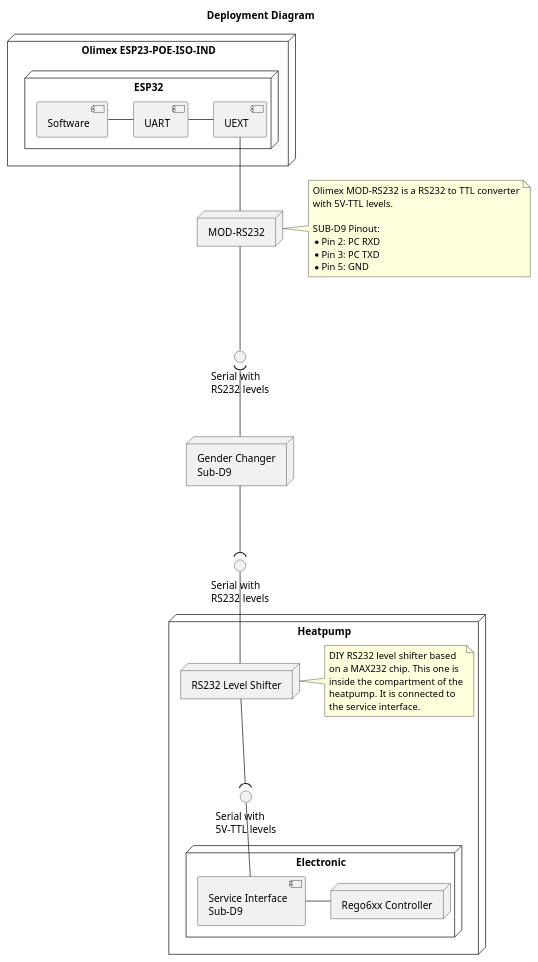
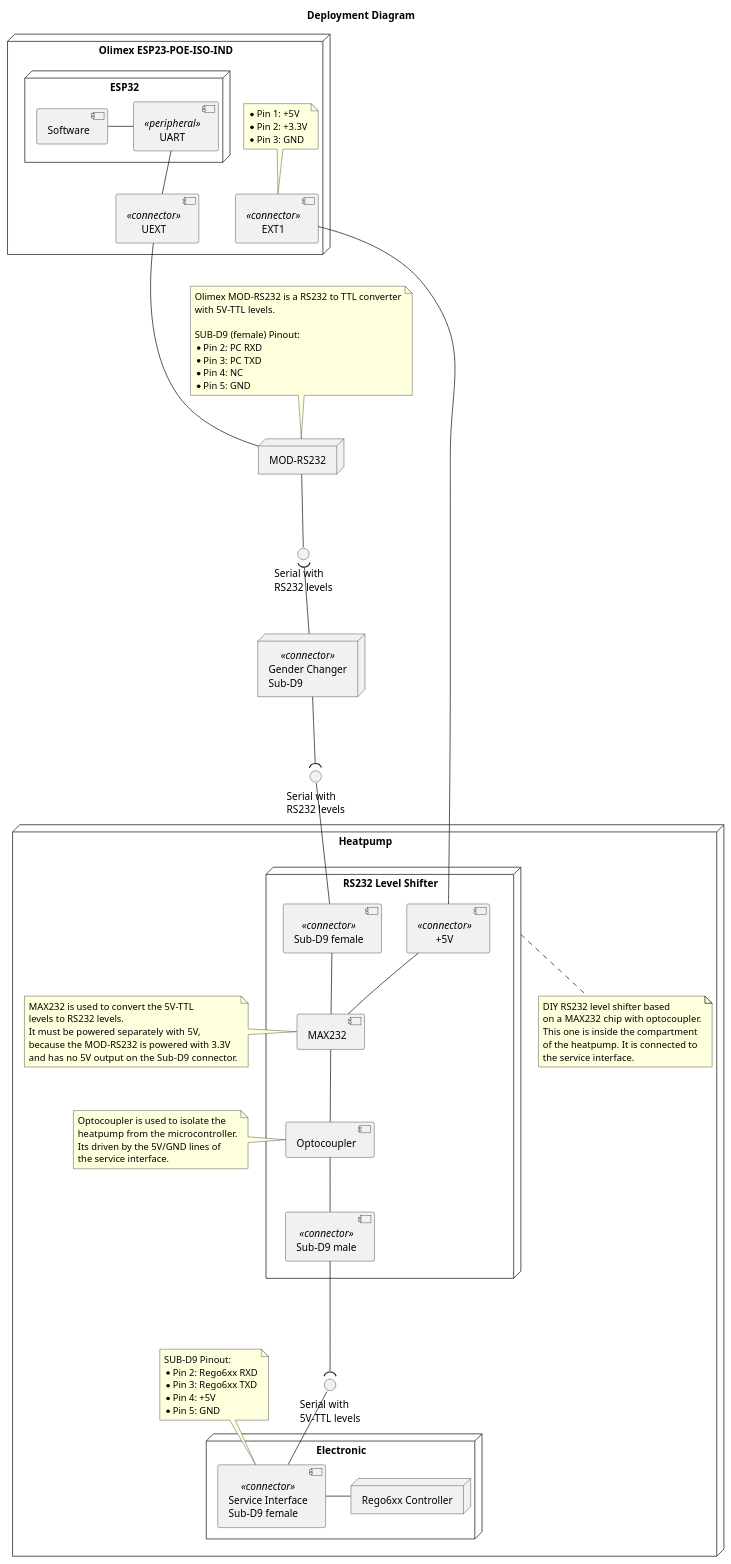
One commit to BlueAndi/IVTRego6xxControl changed the diagram in doc/sw-architecture/deployment_diagram.puml. Above: the diagram before and after it, drawn with PlantUML.

Commit message:
Deployment diagram updated with more detail.

```diff
--- a/doc/sw-architecture/deployment_diagram.puml
+++ b/doc/sw-architecture/deployment_diagram.puml
@@ -1,62 +1,110 @@
 @startuml deployment_diagram
 
 title Deployment Diagram
 
 node "Olimex ESP23-POE-ISO-IND" {
 
     node "ESP32" as esp32 {
         component "Software" as sw
-        component "UART" as uart
-        component "UEXT" as uext
+        component "UART" as uart <<peripheral>>
 
         sw - uart
-        uart - uext
     }
+
+    component "UEXT" as uext <<connector>>
+    component "EXT1" as ext1 <<connector>>
+
+    uart -- uext    
+
+    note top of ext1
+        * Pin 1: +5V
+        * Pin 2: +3.3V
+        * Pin 3: GND
+    end note
 }
 
 node "MOD-RS232" as modRS232
 
 node "Heatpump" as heatPump {
-    node "RS232 Level Shifter" as rs232LevelShifter
+    node "RS232 Level Shifter" as rs232LevelShifter {
+
+        component "MAX232" as max232
+        component "Optocoupler" as optocoupler
+        component "Sub-D9 male" as lvlShifterSubD9Opto <<connector>>
+        component "Sub-D9 female" as lvlShifterSubD9 <<connector>>
+        component "+5V" as lvlShifterVcc <<connector>>
+
+        lvlShifterSubD9 -- max232
+        lvlShifterVcc -- max232
+        max232 -- optocoupler
+        optocoupler -- lvlShifterSubD9Opto
+    }
+
     interface "Serial with\n5V-TTL levels" as iSerialTTL
 
     node "Electronic" as electronic {
-        component "Service Interface\nSub-D9" as serviceInterface
+        component "Service Interface\nSub-D9 female" as serviceInterface <<connector>>
         node "Rego6xx Controller" as rego6xx
 
         serviceInterface - rego6xx
     }
     
-    rs232LevelShifter --( iSerialTTL
+    lvlShifterSubD9Opto ---( iSerialTTL
     iSerialTTL -- serviceInterface
 
-    note right of rs232LevelShifter
+    note bottom of rs232LevelShifter
         DIY RS232 level shifter based
-        on a MAX232 chip. This one is
-        inside the compartment of the
-        heatpump. It is connected to
+        on a MAX232 chip with optocoupler.
+        This one is inside the compartment
+        of the heatpump. It is connected to
         the service interface.
+    end note
+
+    note top of serviceInterface
+        SUB-D9 Pinout:
+        * Pin 2: Rego6xx RXD
+        * Pin 3: Rego6xx TXD
+        * Pin 4: +5V
+        * Pin 5: GND
+    end note
+
+    note left of optocoupler
+        Optocoupler is used to isolate the
+        heatpump from the microcontroller.
+        Its driven by the 5V/GND lines of
+        the service interface.
+    end note
+
+    note left of max232
+        MAX232 is used to convert the 5V-TTL
+        levels to RS232 levels.
+        It must be powered separately with 5V,
+        because the MOD-RS232 is powered with 3.3V
+        and has no 5V output on the Sub-D9 connector.
     end note
 }
 
 interface "Serial with\nRS232 levels" as iSerialRS232_1
 interface "Serial with\nRS232 levels" as iSerialRS232_2
-node "Gender Changer\nSub-D9" as genderChanger
+node "Gender Changer\nSub-D9" as genderChanger <<connector>>
 
-uext -- modRS232
+uext --- modRS232
 modRS232 -- iSerialRS232_1
 iSerialRS232_1 )-- genderChanger
 genderChanger --( iSerialRS232_2
-iSerialRS232_2 -- rs232LevelShifter
+iSerialRS232_2 -- lvlShifterSubD9
 
-note right of modRS232
+ext1 ----- lvlShifterVcc
+
+note top of modRS232
     Olimex MOD-RS232 is a RS232 to TTL converter
     with 5V-TTL levels.
 
-    SUB-D9 Pinout:
+    SUB-D9 (female) Pinout:
     * Pin 2: PC RXD
     * Pin 3: PC TXD
+    * Pin 4: NC
     * Pin 5: GND
 end note
 
 @enduml
```
